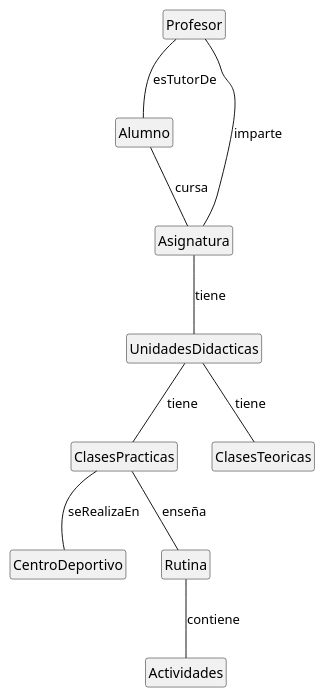
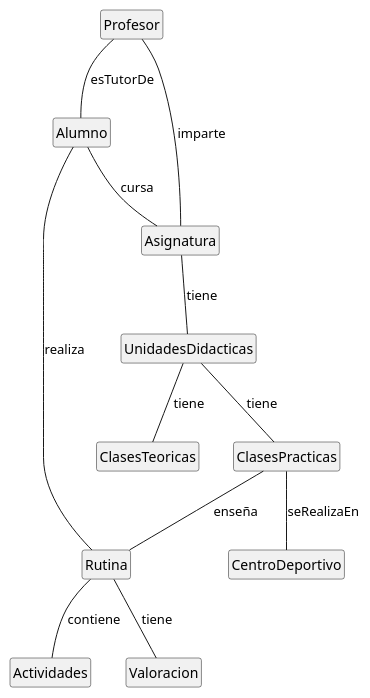
Before and after one commit to mmasias/24-25-IdSw1-SDR: the diagram in Documentos/ModelosUML/evas.puml, drawn with PlantUML.

```diff
--- a/Documentos/ModelosUML/evas.puml
+++ b/Documentos/ModelosUML/evas.puml
@@ -1,26 +1,28 @@
 @startuml evas
 
 hide circle
 hide empty members
 
 class Profesor{}
 class Alumno{}
 class Asignatura{}
 class UnidadesDidacticas{}
 class ClasesPracticas{}
 class ClasesTeoricas{}
 class CentroDeportivo{}
 class Rutina{}
 class Actividades{}
+class Valoracion{}
 
 Profesor -- Alumno : esTutorDe
 Profesor -- Asignatura : imparte
 Asignatura -- UnidadesDidacticas : tiene
 UnidadesDidacticas -- ClasesPracticas : tiene
 UnidadesDidacticas -- ClasesTeoricas : tiene
 Alumno -- Asignatura : cursa
 ClasesPracticas -- CentroDeportivo : seRealizaEn
 ClasesPracticas -- Rutina : enseña
 Rutina -- Actividades : contiene
-
+Rutina -- Valoracion: tiene
+Alumno -- Rutina: realiza
 @enduml
```
